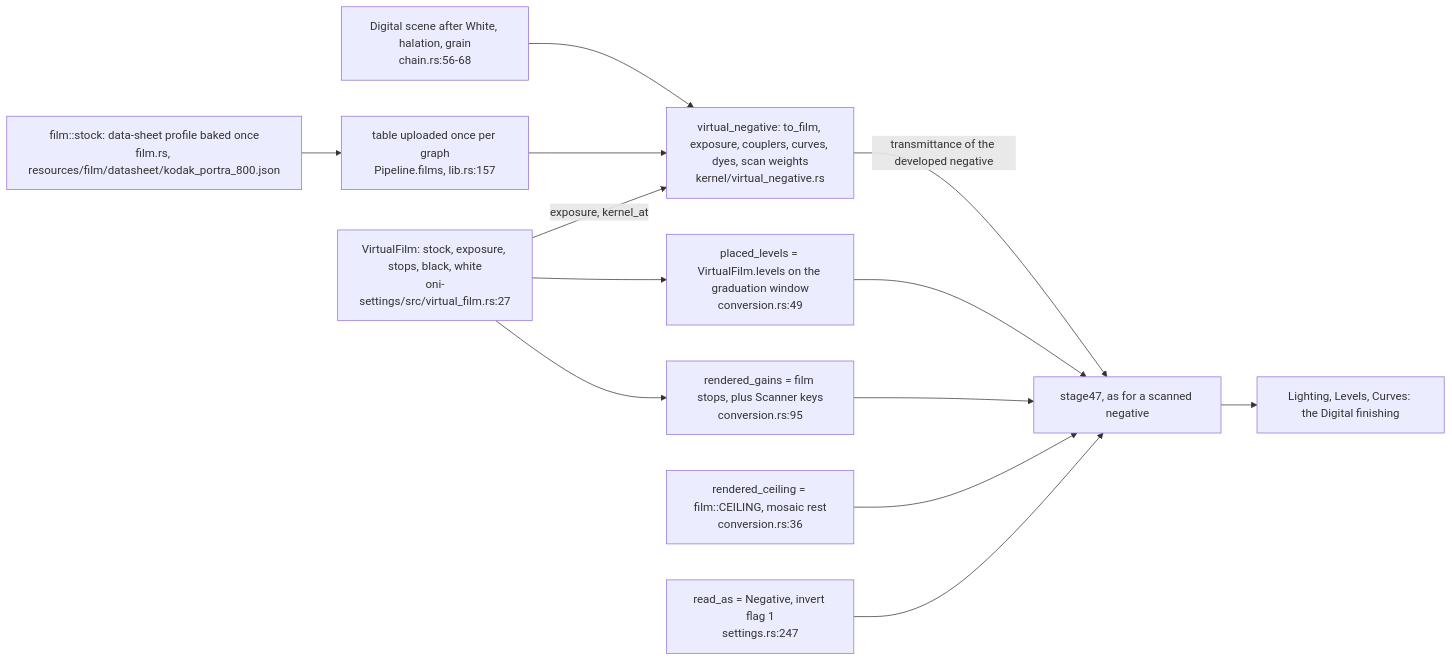
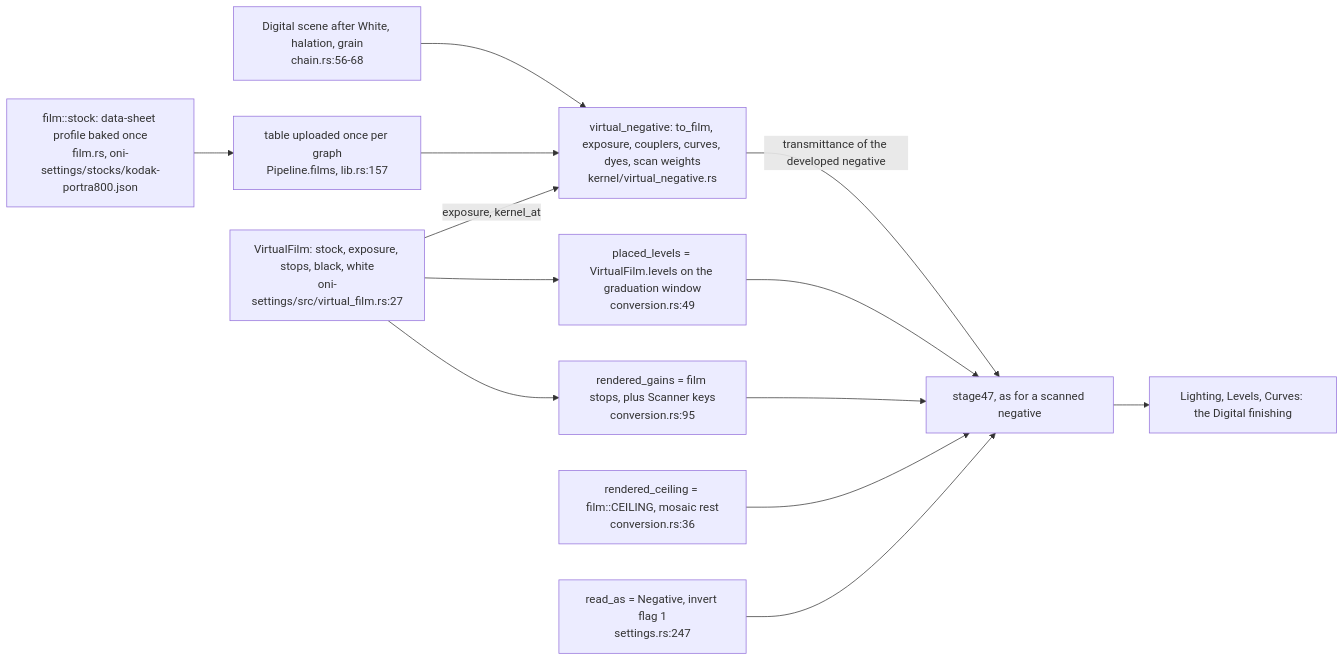
Before and after one commit to 5e1y/open-negative-initiative-rs: the fourth of 16 diagrams in docs/pipeline-map.md, drawn with Mermaid. The commit also changed 391 other files, not shown here.

First line of the commit message:
Every film stock and paper is one file, read at run time and watched while the app runs (#3680-#3682)

````diff
--- a/docs/pipeline-map.md
+++ b/docs/pipeline-map.md
@@ -170,23 +170,23 @@
 ```mermaid
 flowchart LR
   SCENE["Digital scene after White, halation, grain<br/>chain.rs:56-68"]
-  STOCK["film::stock: data-sheet profile baked once<br/>film.rs, resources/film/datasheet/kodak_portra_800.json"]
+  STOCK["film::stock: data-sheet profile baked once<br/>film.rs, oni-settings/stocks/kodak-portra800.json"]
   TBL["table uploaded once per graph<br/>Pipeline.films, lib.rs:157"]
   VN["virtual_negative: to_film, exposure, couplers, curves, dyes, scan weights<br/>kernel/virtual_negative.rs"]
   REF["VirtualFilm: stock, exposure, stops, black, white<br/>oni-settings/src/virtual_film.rs:27"]
   LV["placed_levels = VirtualFilm.levels on the graduation window<br/>conversion.rs:49"]
   GA["rendered_gains = film stops, plus Scanner keys<br/>conversion.rs:95"]
   CE["rendered_ceiling = film::CEILING, mosaic rest<br/>conversion.rs:36"]
   RA["read_as = Negative, invert flag 1<br/>settings.rs:247"]
   S47["stage47, as for a scanned negative"]
   LIT["Lighting, Levels, Curves: the Digital finishing"]
   SCENE --> VN
   STOCK --> TBL --> VN
   REF -->|"exposure, kernel_at"| VN
   VN -->|"transmittance of the developed negative"| S47
   REF --> LV --> S47
   REF --> GA --> S47
   CE --> S47
   RA --> S47
   S47 --> LIT
 ```
````
